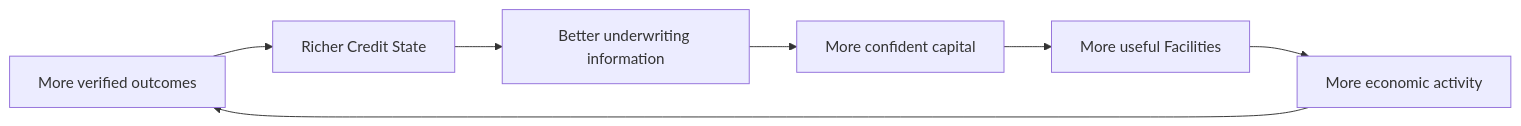
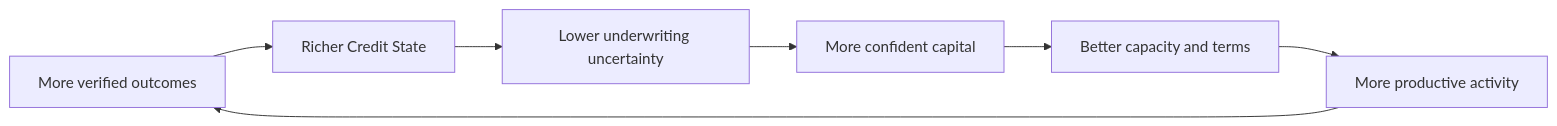
One commit to CPTM511/IPO.ONE changed the fifth of 6 diagrams in README.md. Above: the diagram before and after it, drawn with Mermaid. The commit also changed other lines of this file and 13 other files, not shown here.

````diff
--- a/README.md
+++ b/README.md
@@ -367,9 +271,9 @@
 ```mermaid
 flowchart LR
     Outcomes["More verified outcomes"] --> State["Richer Credit State"]
-    State --> Underwriting["Better underwriting information"]
+    State --> Underwriting["Lower underwriting uncertainty"]
     Underwriting --> Capital["More confident capital"]
-    Capital --> Facilities["More useful Facilities"]
-    Facilities --> Activity["More economic activity"]
+    Capital --> Terms["Better capacity and terms"]
+    Terms --> Activity["More productive activity"]
     Activity --> Outcomes
 ```
````
